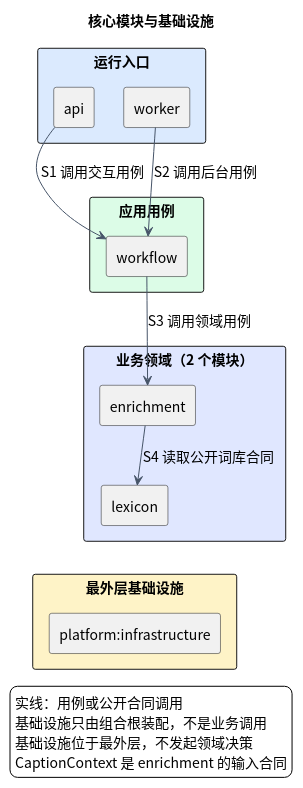
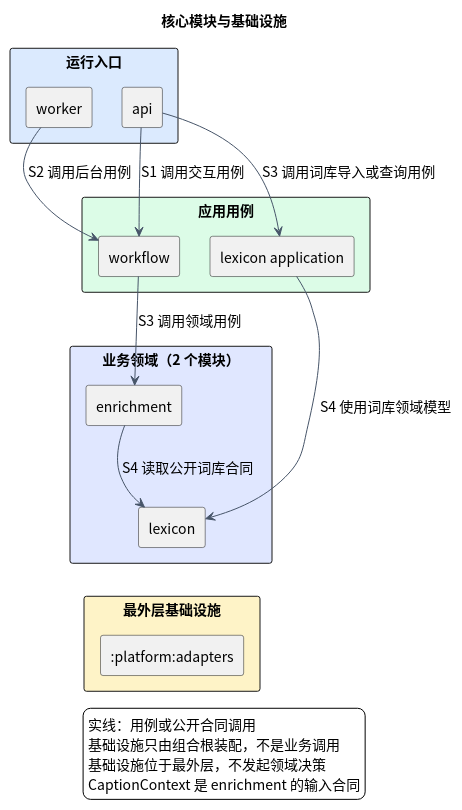
The diagram in docs/architecture/boundaries.md (iampkuhz/lexiflow), drawn with PlantUML before and after one commit. The commit also changed other lines of this file and 190 other files, not shown here.

````diff
--- a/docs/architecture/boundaries.md
+++ b/docs/architecture/boundaries.md
@@ -41,43 +41,47 @@
 ```plantuml
 @startuml
 skinparam backgroundColor #FFFFFF
 skinparam shadowing false
 skinparam defaultFontName "Noto Sans CJK SC"
 skinparam defaultFontSize 14
 skinparam componentStyle rectangle
 skinparam packageStyle rectangle
 skinparam nodesep 30
-skinparam ranksep 38
+skinparam ranksep 60
 skinparam ArrowColor #475569
 title 核心模块与基础设施
 top to bottom direction
 package "运行入口" #DBEAFE {
   component "api" as api
   component "worker" as worker
 }
 package "应用用例" #DCFCE7 {
   component "workflow" as workflow
+  component "lexicon application" as lexicon_application
 }
 package "业务领域（2 个模块）" #E0E7FF {
   component "lexicon" as lexicon
   component "enrichment" as enrichment
 }
 package "最外层基础设施" #FEF3C7 {
-  component "platform:infrastructure" as infrastructure
+  component ":platform:adapters" as infrastructure
 }
 api -[hidden]right- worker
 workflow -[hidden]down- enrichment
+lexicon_application -[hidden]down- lexicon
 enrichment -[hidden]down- lexicon
 lexicon -[hidden]down- infrastructure
 api --> workflow : S1 调用交互用例
 worker --> workflow : S2 调用后台用例
+api --> lexicon_application : S3 调用词库导入或查询用例
+lexicon_application --> lexicon : S4 使用词库领域模型
 workflow --> enrichment : S3 调用领域用例
 enrichment --> lexicon : S4 读取公开词库合同
 legend bottom
   实线：用例或公开合同调用
   基础设施只由组合根装配，不是业务调用
   基础设施位于最外层，不发起领域决策
   CaptionContext 是 enrichment 的输入合同
 endlegend
 @enduml
 ```
````
